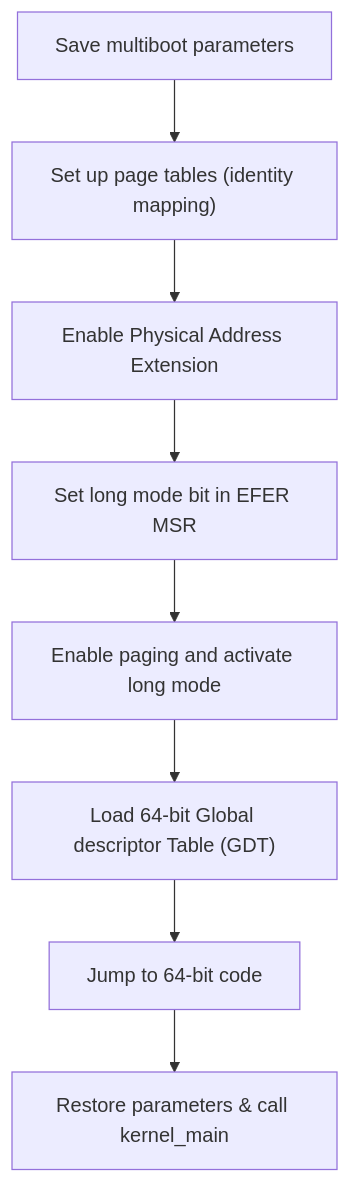
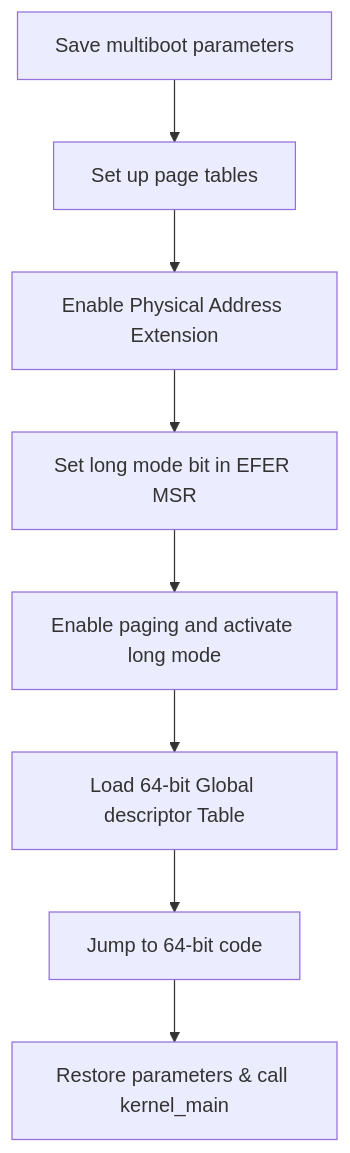
The first of 2 diagrams in book/src/chapter-03-boot-process/boot-assembly-64bit.md (FrederikTobner/JANUS), drawn with Mermaid before and after one commit. The commit also changed other lines of this file and 202 other files, not shown here.

````diff
--- a/book/src/chapter-03-boot-process/boot-assembly-64bit.md
+++ b/book/src/chapter-03-boot-process/boot-assembly-64bit.md
@@ -32,18 +34,18 @@
 ```mermaid
 flowchart TD
     step1["Save multiboot parameters"]
-    step2["Set up page tables (identity mapping)"]
+    step2["Set up page tables"]
     step3["Enable Physical Address Extension"]
     step4["Set long mode bit in EFER MSR"]
     step5["Enable paging and activate long mode"]
-    step6["Load 64-bit Global descriptor Table (GDT)"]
+    step6["Load 64-bit Global descriptor Table"]
     step7["Jump to 64-bit code"]
     step8["Restore parameters & call kernel_main"]
     step1 --> step2
     step2 --> step3
     step3 --> step4
     step4 --> step5
     step5 --> step6
     step6 --> step7
     step7 --> step8
 ```
````
